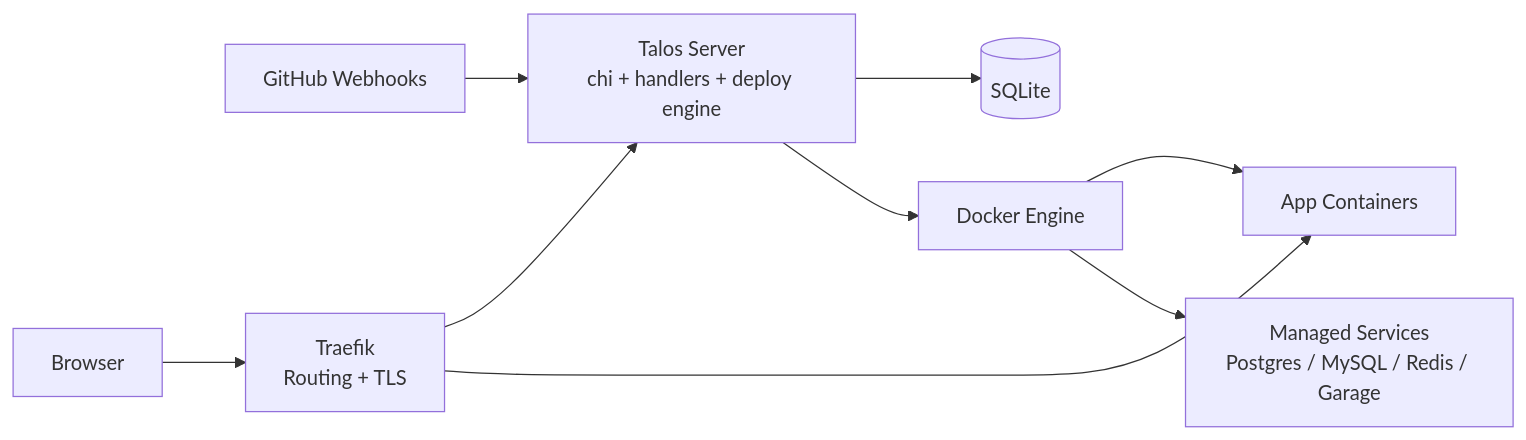
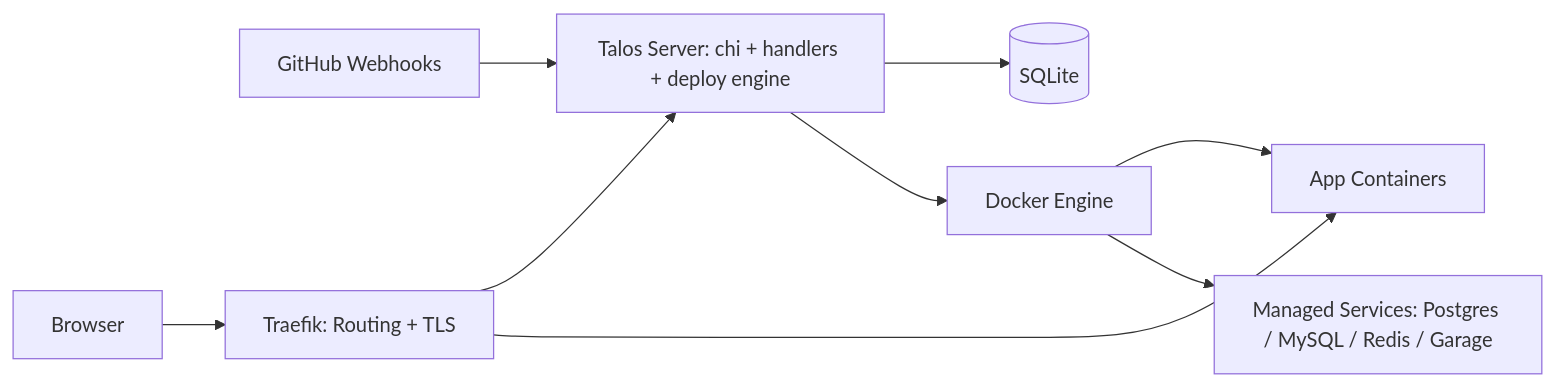
Before and after one commit to logic-roastery/project-talos: the diagram in README.md, drawn with Mermaid.

Commit message:
feat: update README flowchart for improved clarity and formatting

````diff
--- a/README.md
+++ b/README.md
@@ -91,20 +91,20 @@
 ```mermaid
 flowchart LR
-    U[Browser]
-    GH[GitHub Webhooks]
-    T[Traefik<br/>Routing + TLS]
-    TS[Talos Server<br/>chi + handlers + deploy engine]
-    DB[(SQLite)]
-    D[Docker Engine]
-    APP[App Containers]
-    SVC[Managed Services<br/>Postgres / MySQL / Redis / Garage]
+    U["Browser"]
+    GH["GitHub Webhooks"]
+    T["Traefik: Routing + TLS"]
+    TS["Talos Server: chi + handlers + deploy engine"]
+    DB[("SQLite")]
+    D["Docker Engine"]
+    APP["App Containers"]
+    SVC["Managed Services: Postgres / MySQL / Redis / Garage"]
 
     U --> T
     T --> TS
     GH --> TS
     TS --> DB
     TS --> D
     D --> APP
     D --> SVC
     T --> APP
 ```
````
